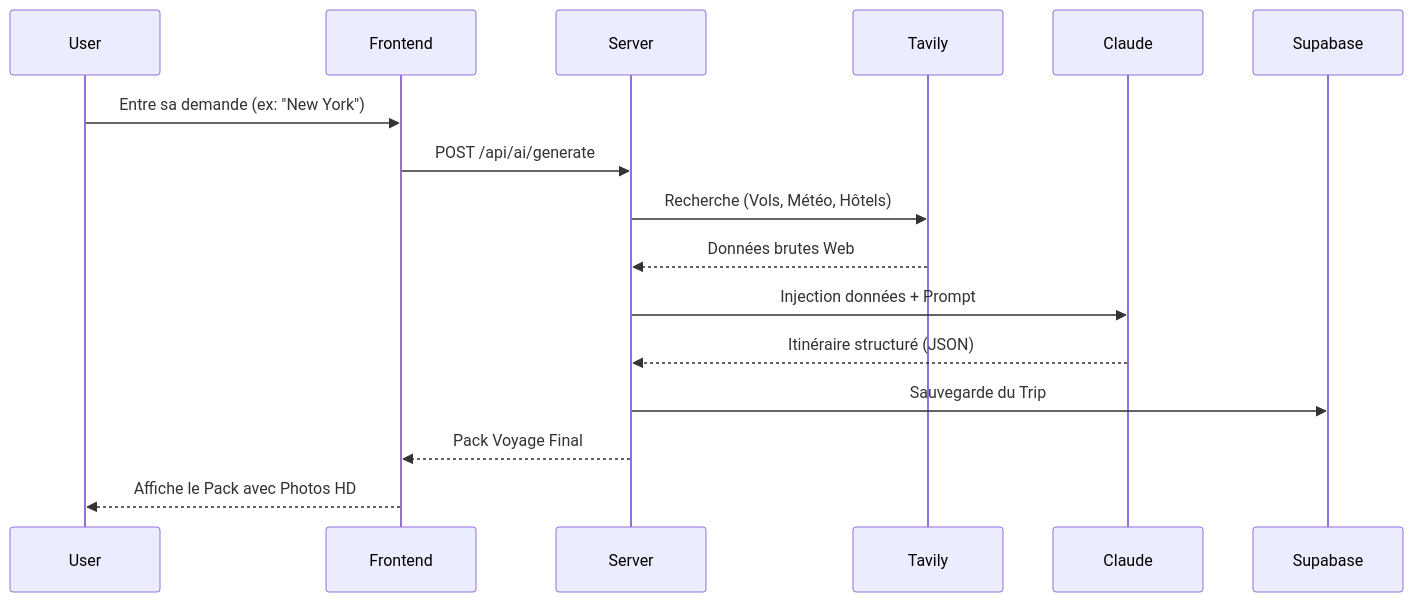
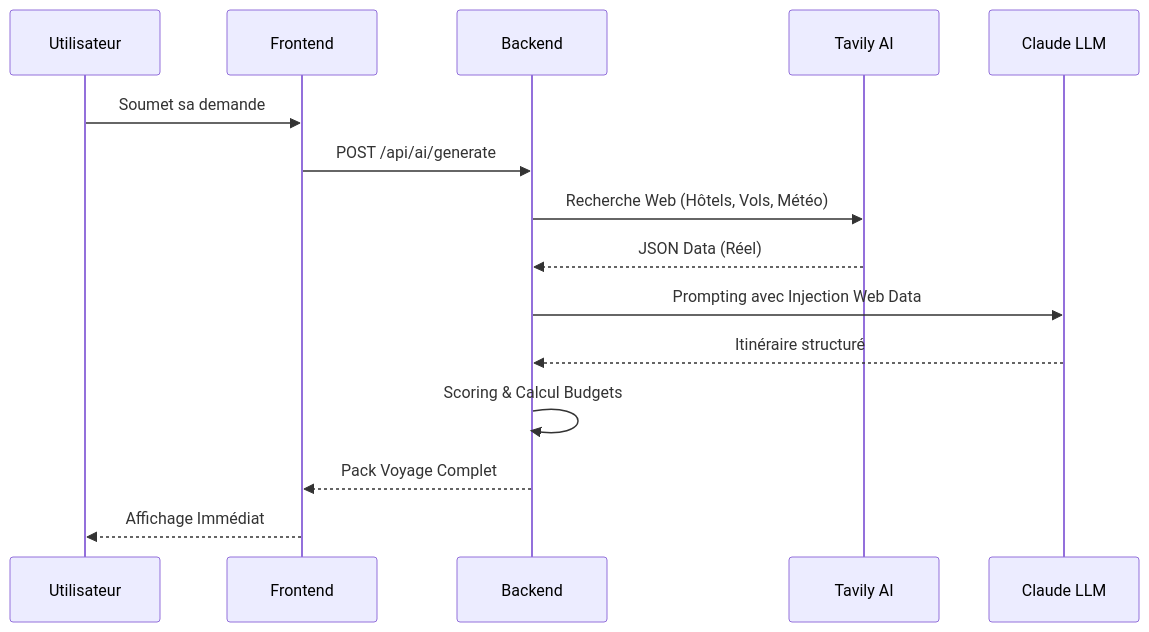
The third of 4 diagrams in docs/PORTFOLIO_TECH_DOC.md (loties1533/tripgenie), drawn with Mermaid before and after one commit. The commit also changed other lines of this file, not shown here.

````diff
--- a/docs/PORTFOLIO_TECH_DOC.md
+++ b/docs/PORTFOLIO_TECH_DOC.md
@@ -54,12 +108,18 @@
 ```mermaid
 sequenceDiagram
-    User->>Frontend: Entre sa demande (ex: "New York")
-    Frontend->>Server: POST /api/ai/generate
-    Server->>Tavily: Recherche (Vols, Météo, Hôtels)
-    Tavily-->>Server: Données brutes Web
-    Server->>Claude: Injection données + Prompt
-    Claude-->>Server: Itinéraire structuré (JSON)
-    Server->>Supabase: Sauvegarde du Trip
-    Server-->>Frontend: Pack Voyage Final
-    Frontend-->>User: Affiche le Pack avec Photos HD
+    participant U as Utilisateur
+    participant F as Frontend
+    participant B as Backend
+    participant T as Tavily AI
+    participant C as Claude LLM
+
+    U->>F: Soumet sa demande
+    F->>B: POST /api/ai/generate
+    B->>T: Recherche Web (Hôtels, Vols, Météo)
+    T-->>B: JSON Data (Réel)
+    B->>C: Prompting avec Injection Web Data
+    C-->>B: Itinéraire structuré
+    B->>B: Scoring & Calcul Budgets
+    B-->>F: Pack Voyage Complet
+    F-->>U: Affichage Immédiat
 ```
````
